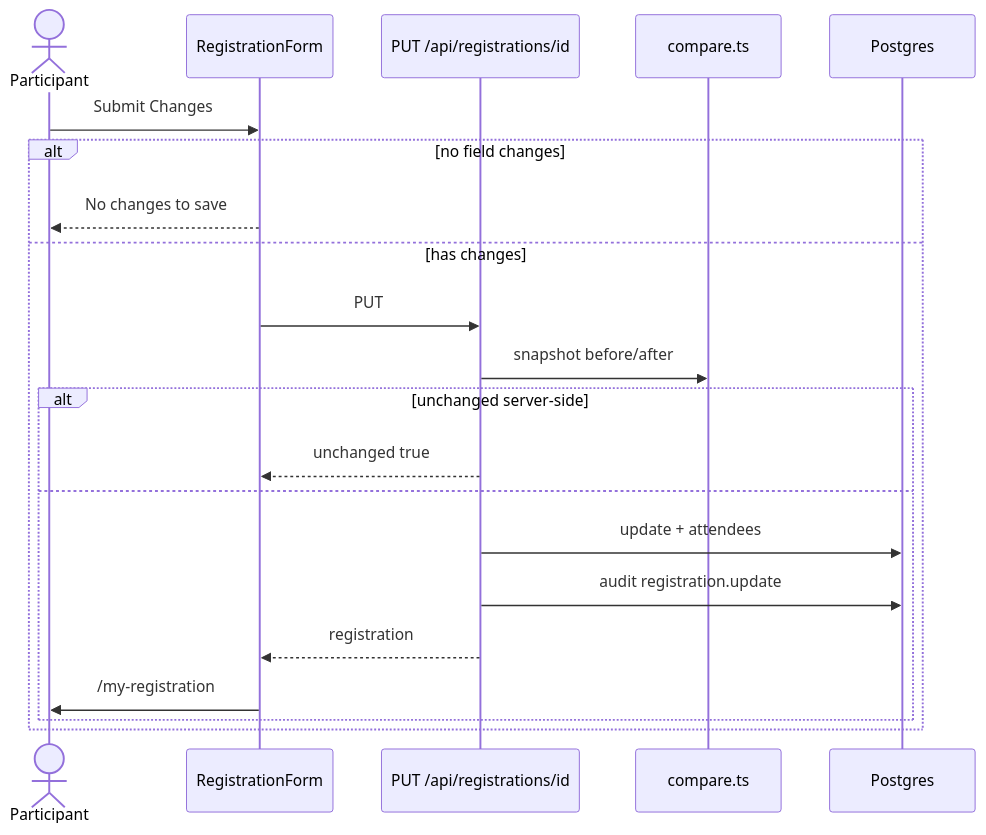
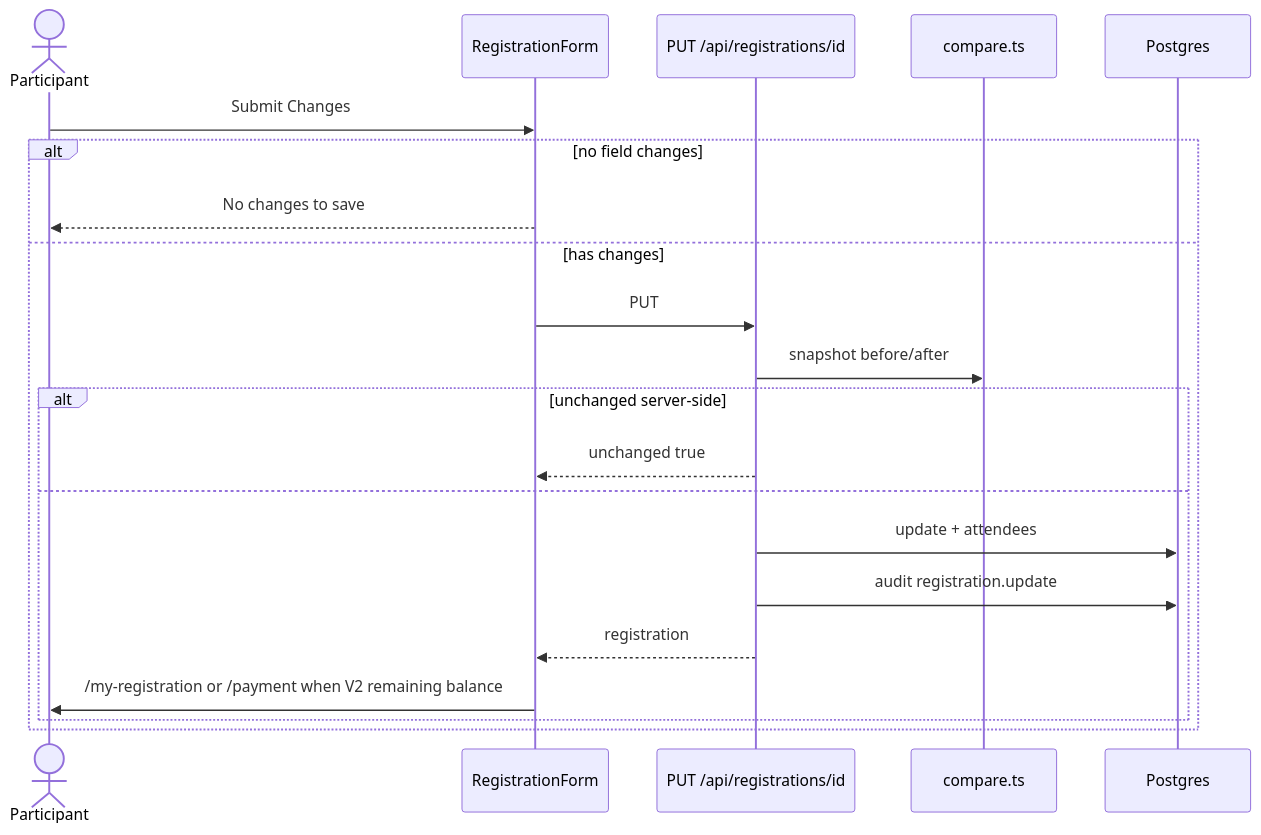
Before and after one commit to dotnetmike/CFCA_Registration: the second of 5 diagrams in docs/flows/registration.md, drawn with Mermaid. The commit also changed other lines of this file and 45 other files, not shown here.

````diff
--- a/docs/flows/registration.md
+++ b/docs/flows/registration.md
@@ -27,23 +33,23 @@
 ```mermaid
 sequenceDiagram
   actor P as Participant
   participant Form as RegistrationForm
   participant API as PUT /api/registrations/id
   participant Cmp as compare.ts
   participant DB as Postgres
   P->>Form: Submit Changes
   alt no field changes
     Form-->>P: No changes to save
   else has changes
     Form->>API: PUT
     API->>Cmp: snapshot before/after
     alt unchanged server-side
       API-->>Form: unchanged true
     else
       API->>DB: update + attendees
       API->>DB: audit registration.update
       API-->>Form: registration
-      Form->>P: /my-registration
+      Form->>P: /my-registration or /payment when V2 remaining balance
     end
   end
 ```
````
